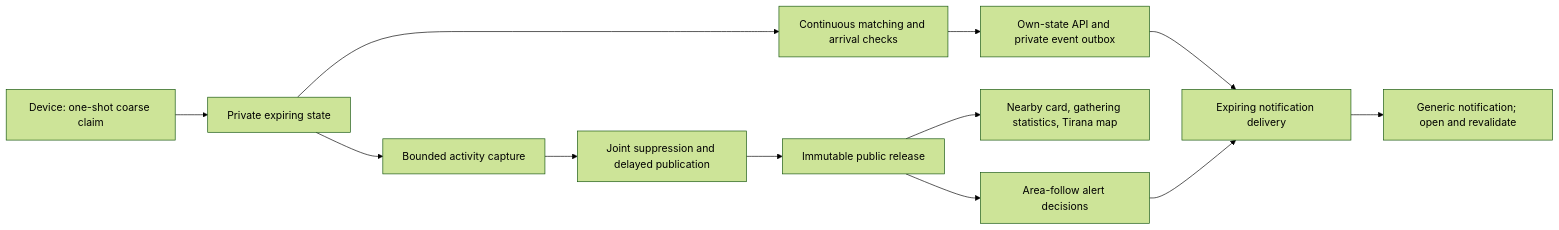
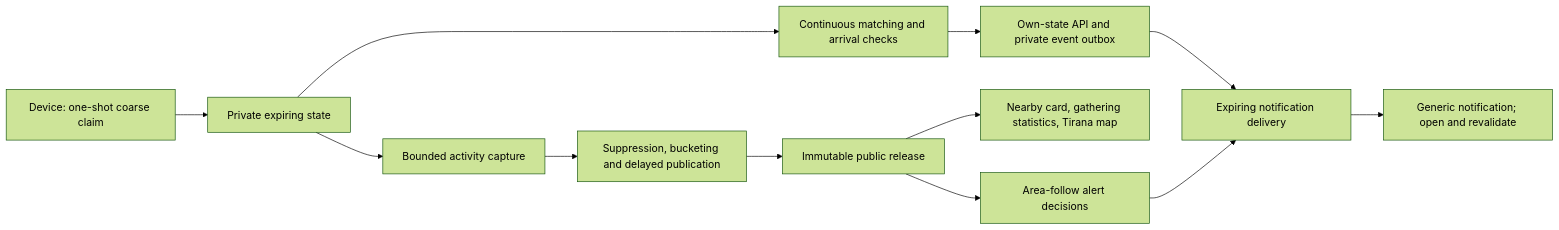
The diagram in docs/ACTIVITY_IMPLEMENTATION_PLAN.md (jegati/jegati), drawn with Mermaid (forest theme) before and after one commit. The commit also changed other lines of this file and 18 other files, not shown here.

````diff
--- a/docs/ACTIVITY_IMPLEMENTATION_PLAN.md
+++ b/docs/ACTIVITY_IMPLEMENTATION_PLAN.md
@@ -104,14 +107,14 @@
 ```mermaid
 flowchart LR
     C[Device: one-shot coarse claim] --> S[Private expiring state]
     S --> M[Continuous matching and arrival checks]
     M --> V[Own-state API and private event outbox]
     S --> A[Bounded activity capture]
-    A --> P[Joint suppression and delayed publication]
+    A --> P[Suppression, bucketing and delayed publication]
     P --> R[Immutable public release]
     R --> U[Nearby card, gathering statistics, Tirana map]
     R --> F[Area-follow alert decisions]
     V --> N[Expiring notification delivery]
     F --> N
     N --> O[Generic notification; open and revalidate]
 ```
````
